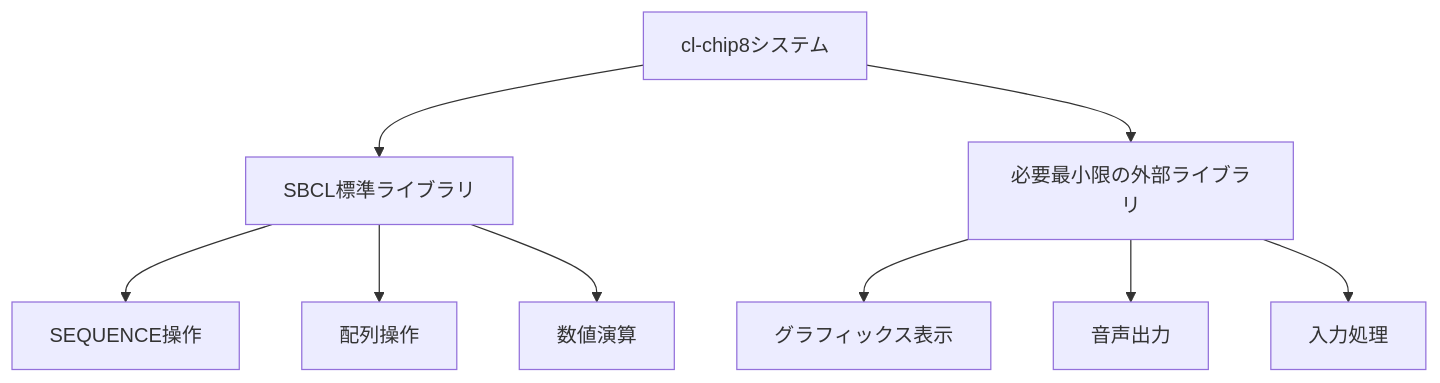
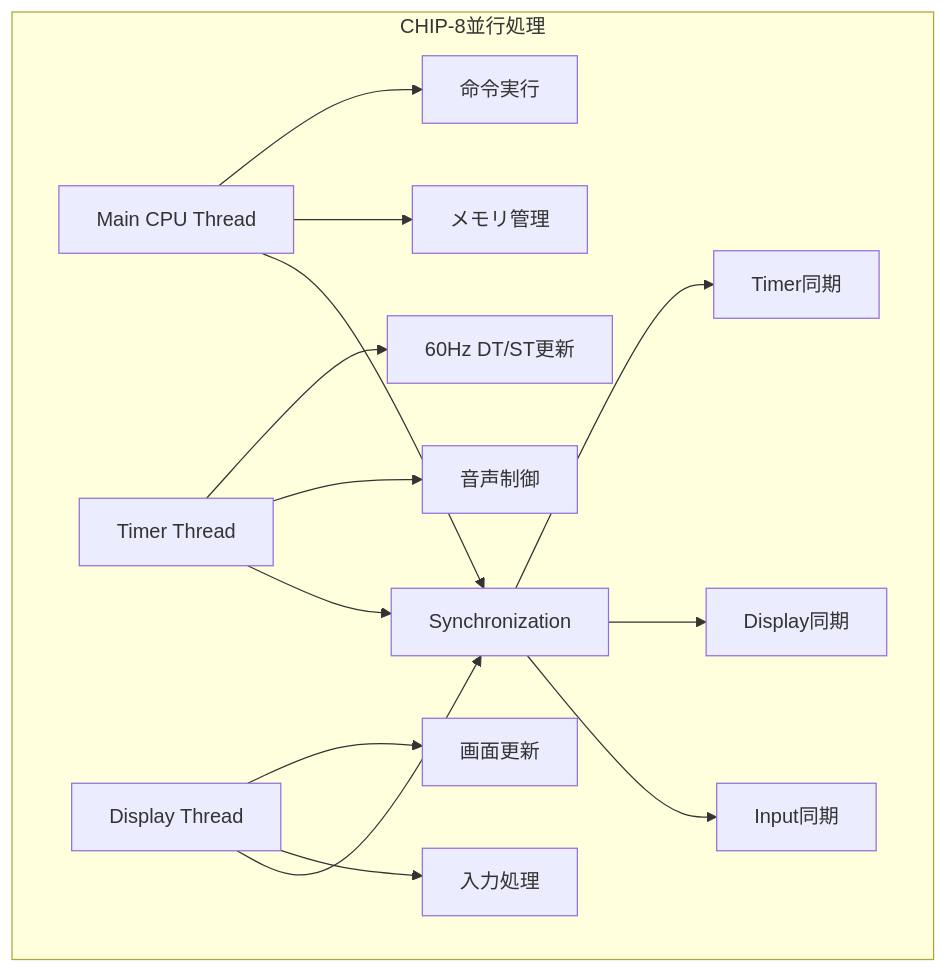
Before and after one commit to takeokunn/cl-chip8: diagram 20 of 21 in docs/explanation/01-chip8-overview.md, drawn with Mermaid. The commit also changed other lines of this file and 27 other files, not shown here.

````diff
--- a/docs/explanation/01-chip8-overview.md
+++ b/docs/explanation/01-chip8-overview.md
@@ -152,13 +638,21 @@
 ```mermaid
-graph TD
-    A[cl-chip8システム] --> B[SBCL標準ライブラリ]
-    A --> C[必要最小限の外部ライブラリ]
+graph TB
+    subgraph "CHIP-8並行処理"
+        A[Main CPU Thread] --> A1[命令実行]
+        A --> A2[メモリ管理]
 
-    B --> B1[SEQUENCE操作]
-    B --> B2[配列操作]
-    B --> B3[数値演算]
+        B[Timer Thread] --> B1[60Hz DT/ST更新]
+        B --> B2[音声制御]
 
-    C --> C1[グラフィックス表示]
-    C --> C2[音声出力]
-    C --> C3[入力処理]
+        C[Display Thread] --> C1[画面更新]
+        C --> C2[入力処理]
+
+        D[Synchronization] --> D1[Timer同期]
+        D --> D2[Display同期]
+        D --> D3[Input同期]
+
+        A --> D
+        B --> D
+        C --> D
+    end
 ```
````
